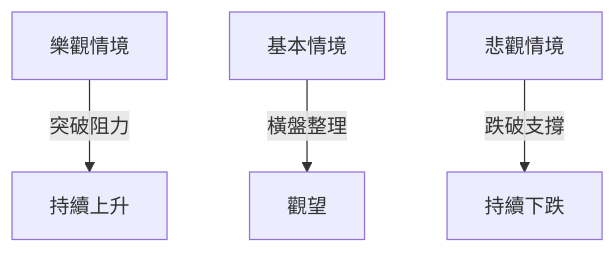
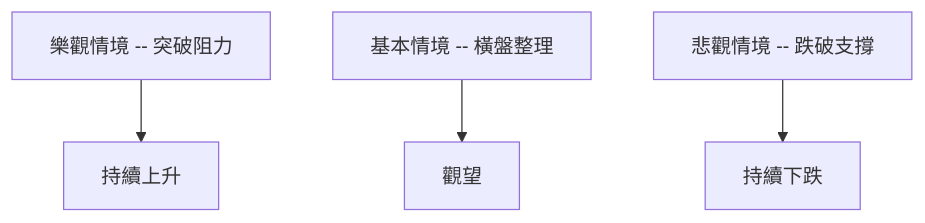
The tenth of 10 diagrams in ai_gen_report/stock/nu/technical_analysis_2026-04-07_openai.md (yennanliu/finance_data), drawn with Mermaid before and after one commit. The commit also changed other lines of this file and 2258 other files, not shown here.

First line of the commit message:
chore: backfill Mermaid syntax repair across existing reports

````diff
--- a/ai_gen_report/stock/nu/technical_analysis_2026-04-07_openai.md
+++ b/ai_gen_report/stock/nu/technical_analysis_2026-04-07_openai.md
@@ -362,6 +362,6 @@
 ```mermaid
 graph TD
-    樂觀情境 -- 突破阻力 --> 持續上升
-    基本情境 -- 橫盤整理 --> 觀望
-    悲觀情境 -- 跌破支撐 --> 持續下跌
+    nb1["樂觀情境 -- 突破阻力"] --> 持續上升
+    nb2["基本情境 -- 橫盤整理"] --> 觀望
+    nb3["悲觀情境 -- 跌破支撐"] --> 持續下跌
 ```
````
